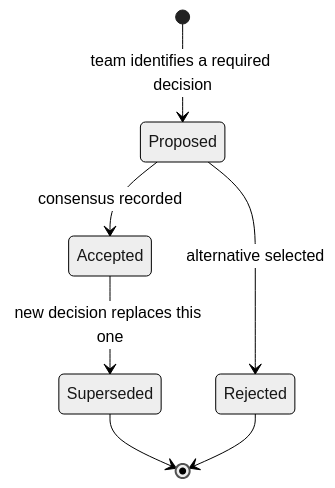
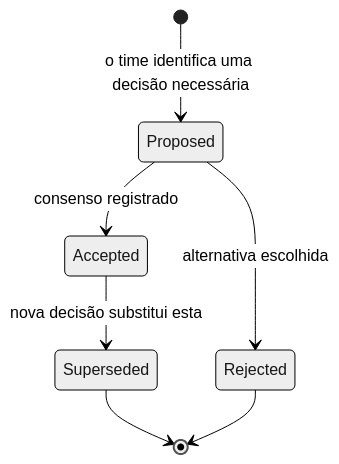
The diagram in 07-concepts/06-architecture-decision-records.md (paulasilvatech/datacorp-sifap-team-kit-pt-br), drawn with Mermaid before and after one commit. The commit also changed other lines of this file and 361 other files, not shown here.

````diff
--- a/07-concepts/06-architecture-decision-records.md
+++ b/07-concepts/06-architecture-decision-records.md
@@ -71,10 +71,10 @@
 ```mermaid
 %%{init: {'theme':'neutral','themeVariables':{'fontFamily':'ui-sans-serif, system-ui, sans-serif','primaryColor':'#F5F5F5','primaryTextColor':'#171717','primaryBorderColor':'#171717','lineColor':'#525252','secondaryColor':'#FFFFFF','tertiaryColor':'#FAFAFA','background':'#FFFFFF'}}}%%
 stateDiagram-v2
-    [*] --> Proposed : team identifies a required decision
-    Proposed --> Accepted : consensus recorded
-    Proposed --> Rejected : alternative selected
-    Accepted --> Superseded : new decision replaces this one
+    [*] --> Proposed : o time identifica uma decisão necessária
+    Proposed --> Accepted : consenso registrado
+    Proposed --> Rejected : alternativa escolhida
+    Accepted --> Superseded : nova decisão substitui esta
     Superseded --> [*]
     Rejected --> [*]
 ```
````
